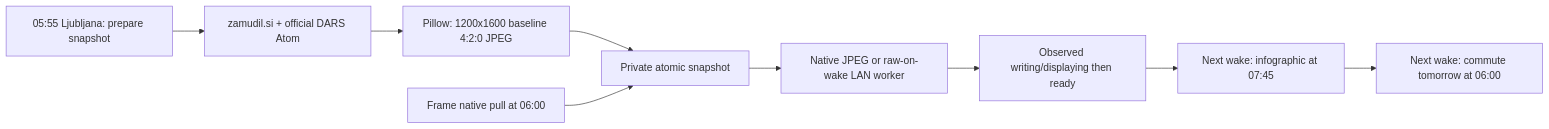
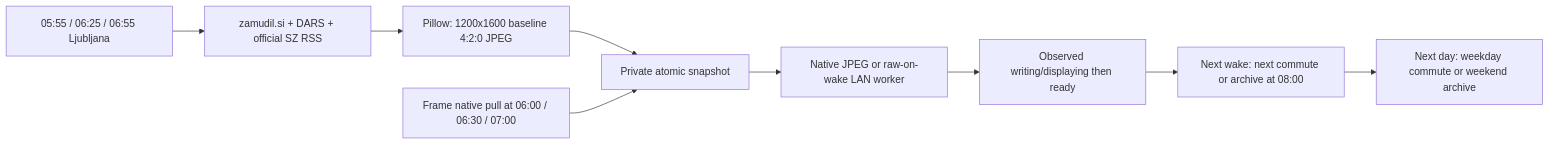
The diagram in README.md (Lukafin/bloomin8-pull-server), drawn with Mermaid before and after one commit. The commit also changed other lines of this file and 9 other files, not shown here.

````diff
--- a/README.md
+++ b/README.md
@@ -65,11 +104,11 @@
 ```mermaid
 flowchart LR
-  Cron[05:55 Ljubljana: prepare snapshot] --> Sources[zamudil.si + official DARS Atom]
+  Cron[05:55 / 06:25 / 06:55 Ljubljana] --> Sources[zamudil.si + DARS + official SZ RSS]
   Sources --> Pillow[Pillow: 1200x1600 baseline 4:2:0 JPEG]
   Pillow --> Cache[Private atomic snapshot]
-  Frame[Frame native pull at 06:00] --> Cache
+  Frame[Frame native pull at 06:00 / 06:30 / 07:00] --> Cache
   Cache --> Delivery[Native JPEG or raw-on-wake LAN worker]
   Delivery --> Proof[Observed writing/displaying then ready]
-  Proof --> Next[Next wake: infographic at 07:45]
-  Next --> Tomorrow[Next wake: commute tomorrow at 06:00]
+  Proof --> Next[Next wake: next commute or archive at 08:00]
+  Next --> Tomorrow[Next day: weekday commute or weekend archive]
 ```
````
